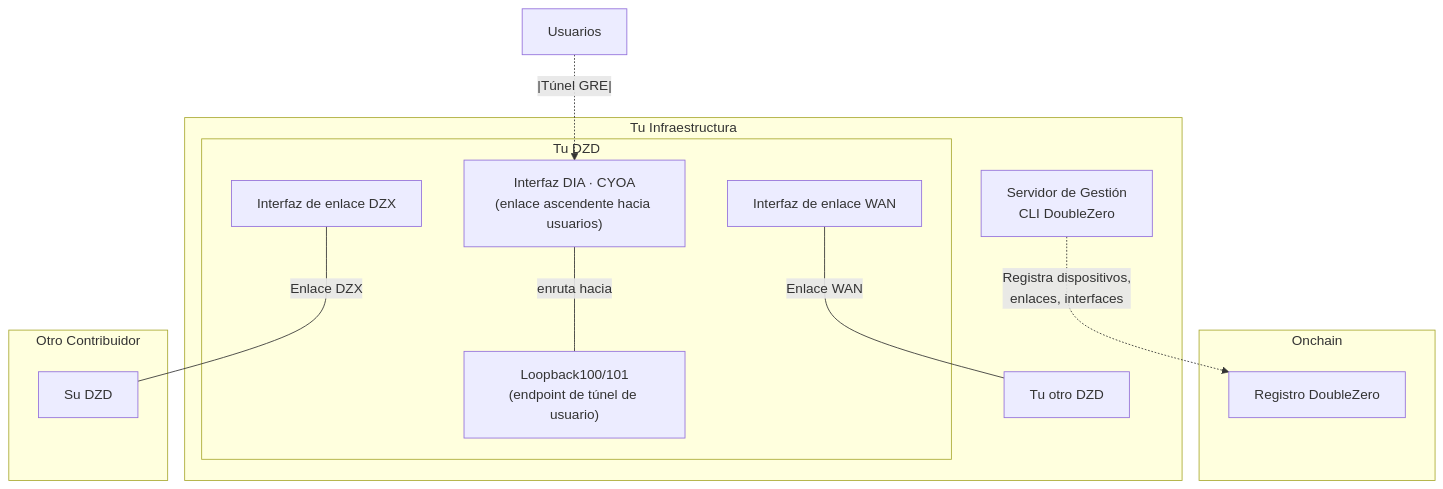
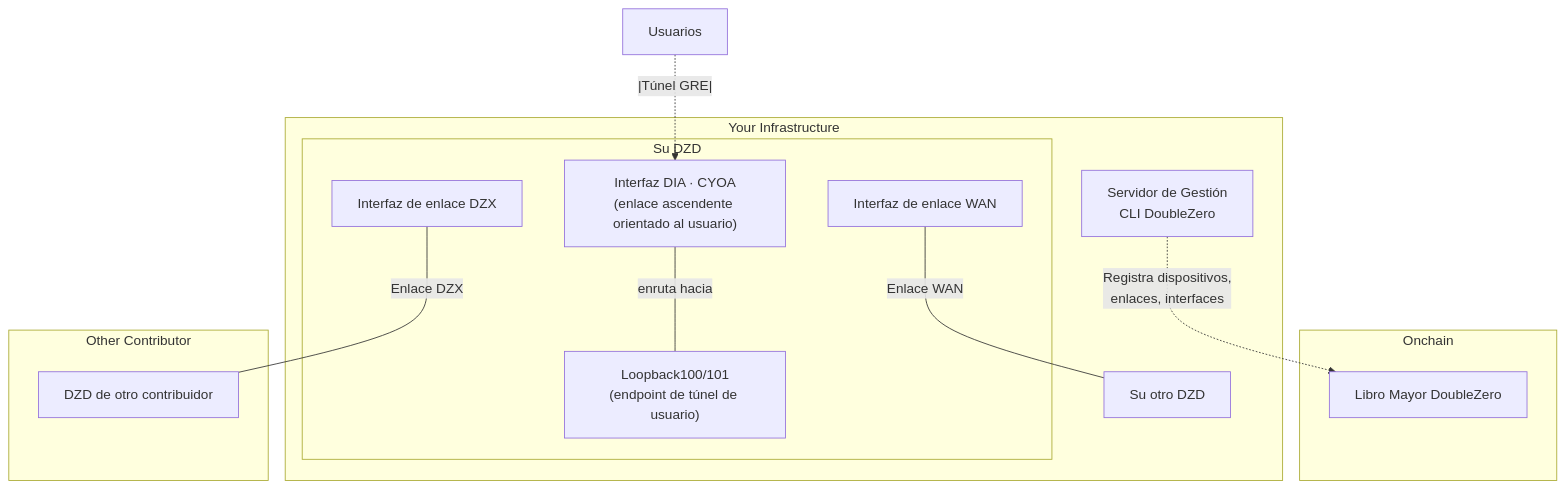
Before and after one commit to malbeclabs/docs: the first of 10 diagrams in docs/contribute-provisioning.es.md, drawn with Mermaid. The commit also changed other lines of this file and 27 other files, not shown here.

````diff
--- a/docs/contribute-provisioning.es.md
+++ b/docs/contribute-provisioning.es.md
@@ -50,29 +50,29 @@
 ```mermaid
 flowchart TB
     subgraph Onchain
-        SC[Registro DoubleZero]
+        SC[Libro Mayor DoubleZero]
     end
 
-    subgraph Tu Infraestructura
+    subgraph Your Infrastructure
         MGMT[Servidor de Gestión<br/>CLI DoubleZero]
-        subgraph DZD[Tu DZD]
-            CYOA["Interfaz DIA · CYOA<br/>(enlace ascendente hacia usuarios)"]
+        subgraph DZD[Su DZD]
+            CYOA["Interfaz DIA · CYOA<br/>(enlace ascendente orientado al usuario)"]
             WAN_INTF["Interfaz de enlace WAN"]
             DZX_INTF["Interfaz de enlace DZX"]
             LO100["Loopback100/101<br/>(endpoint de túnel de usuario)"]
         end
-        DZD2[Tu otro DZD]
+        DZD2[Su otro DZD]
     end
 
-    subgraph Otro Contribuidor
-        OtherDZD[Su DZD]
+    subgraph Other Contributor
+        OtherDZD[DZD de otro contribuidor]
     end
 
     USERS["Usuarios"]
 
     MGMT -.->|Registra dispositivos,<br/>enlaces, interfaces| SC
     WAN_INTF ---|Enlace WAN| DZD2
     DZX_INTF ---|Enlace DZX| OtherDZD
     USERS -.|Túnel GRE|.-> CYOA
     CYOA ---|enruta hacia| LO100
 ```
````
